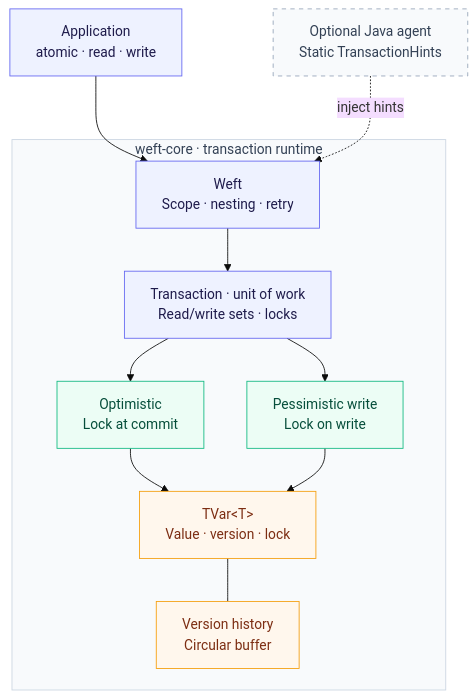
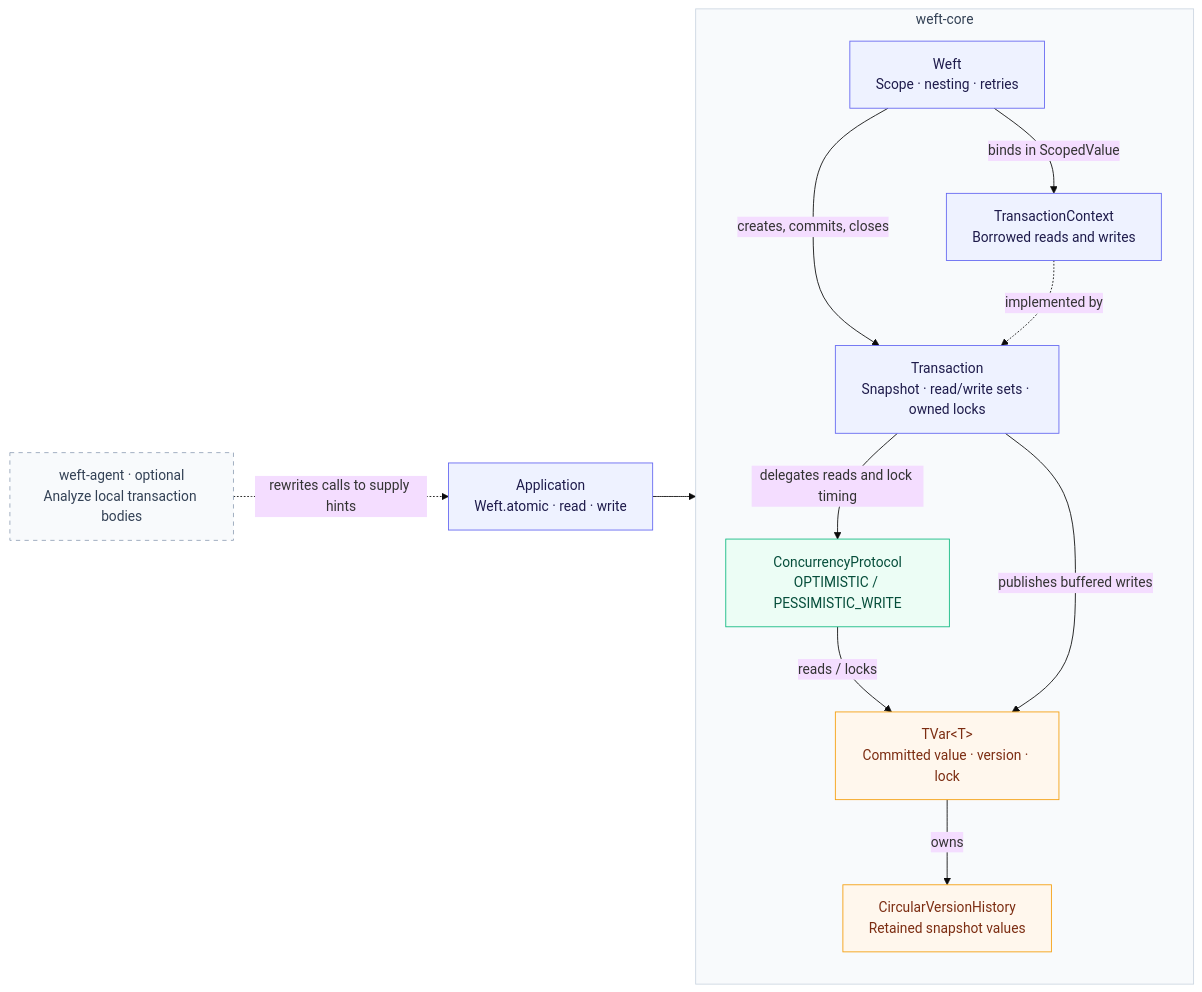
Before and after one commit to gchape/weft: the first of 2 diagrams in README.md, drawn with Mermaid (base theme). The commit also changed other lines of this file and 4 other files, not shown here.

Commit message:
docs: consolidate transaction guide, architecture, benchmarks, and branding

````diff
--- a/README.md
+++ b/README.md
@@ -87,34 +109,36 @@
 ```mermaid
-flowchart TB
-    app["Application<br/>atomic · read · write"]
-    agent["Optional Java agent<br/>Static TransactionHints"]
+flowchart LR
+    app["Application<br/>Weft.atomic · read · write"]
+    agent["weft-agent · optional<br/>Analyze local transaction bodies"]
 
-    subgraph core["weft-core · transaction runtime"]
-        api["Weft<br/>Scope · nesting · retry"]
-        tx["Transaction · unit of work<br/>Read/write sets · locks"]
-        optimistic["Optimistic<br/>Lock at commit"]
-        pessimistic["Pessimistic write<br/>Lock on write"]
-        variable["TVar&lt;T&gt;<br/>Value · version · lock"]
-        history["Version history<br/>Circular buffer"]
+    subgraph core["weft-core"]
+        direction TB
+        api["Weft<br/>Scope · nesting · retries"]
+        context["TransactionContext<br/>Borrowed reads and writes"]
+        transaction["Transaction<br/>Snapshot · read/write sets · owned locks"]
+        protocol["ConcurrencyProtocol<br/>OPTIMISTIC / PESSIMISTIC_WRITE"]
+        variable["TVar&lt;T&gt;<br/>Committed value · version · lock"]
+        history["CircularVersionHistory<br/>Retained snapshot values"]
 
-        api --> tx
-        tx --> optimistic
-        tx --> pessimistic
-        optimistic --> variable
-        pessimistic --> variable
-        variable --- history
+        api -->|"binds in ScopedValue"| context
+        api -->|"creates, commits, closes"| transaction
+        context -. "implemented by" .-> transaction
+        transaction -->|"delegates reads and lock timing"| protocol
+        protocol -->|"reads / locks"| variable
+        transaction -->|"publishes buffered writes"| variable
+        variable -->|"owns"| history
     end
 
     app --> api
-    agent -. "inject hints" .-> api
+    agent -. "rewrites calls to supply hints" .-> app
 
     classDef entry fill:#eef2ff,stroke:#6366f1,color:#1e1b4b
     classDef strategy fill:#ecfdf5,stroke:#10b981,color:#064e3b
     classDef storage fill:#fff7ed,stroke:#f59e0b,color:#7c2d12
     classDef optional fill:#f8fafc,stroke:#94a3b8,color:#334155,stroke-dasharray:5 5
-    class app,api,tx entry
-    class optimistic,pessimistic strategy
+    class app,api,context,transaction entry
+    class protocol strategy
     class variable,history storage
     class agent optional
     style core fill:#f8fafc,stroke:#cbd5e1,color:#334155
 ```
````
